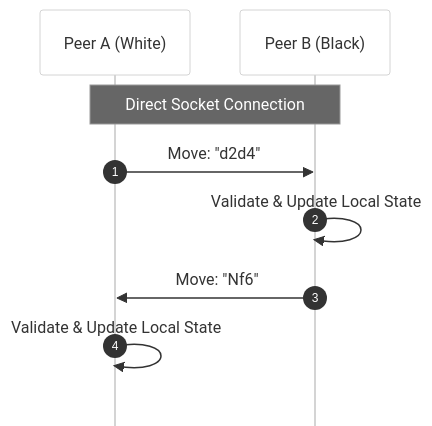
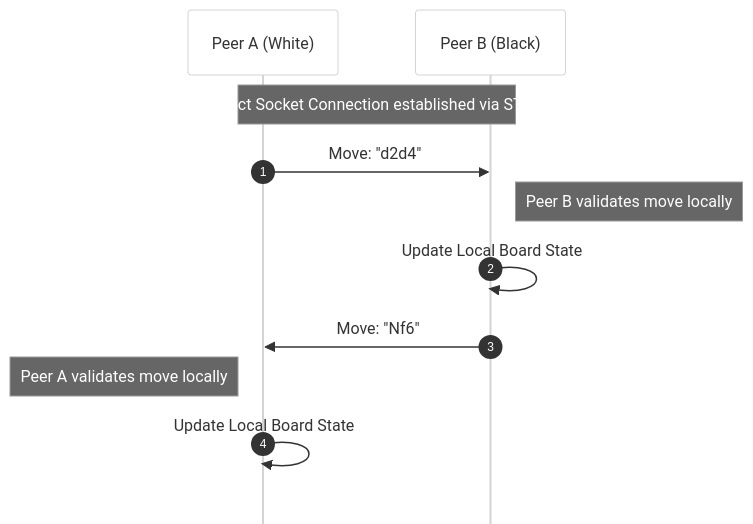
One commit to byucsstudent/cs240v2 changed the eighth of 14 diagrams in instruction/distributed-application-architectures/distributed-application-architectures.md. Above: the diagram before and after it, drawn with Mermaid. The commit also changed other lines of this file, not shown here.

Commit message:
Lee Jensen - update(Distributed Application Architectures)

````diff
--- a/instruction/distributed-application-architectures/distributed-application-architectures.md
+++ b/instruction/distributed-application-architectures/distributed-application-architectures.md
@@ -226,16 +246,18 @@
 ```mermaid
 %%{init: { 'theme': 'neutral', 'look': 'handDrawn',
   'sequence': { 
     'mirrorActors': false,
     'showSequenceNumbers': true
   }, 'themeVariables': { 'mainBkg': '#ffffff', 'lineColor': '#000000', 'primaryTextColor': '#000000' } }}%%
 
 sequenceDiagram
     participant P1 as Peer A (White)
     participant P2 as Peer B (Black)
-    Note over P1, P2: Direct Socket Connection
+    Note over P1, P2: Direct Socket Connection established via STUN
     P1->>P2: Move: "d2d4"
-    P2->>P2: Validate & Update Local State
+    Note right of P2: Peer B validates move locally
+    P2->>P2: Update Local Board State
     P2->>P1: Move: "Nf6"
-    P1->>P1: Validate & Update Local State
+    Note left of P1: Peer A validates move locally
+    P1->>P1: Update Local Board State
 ```
````
